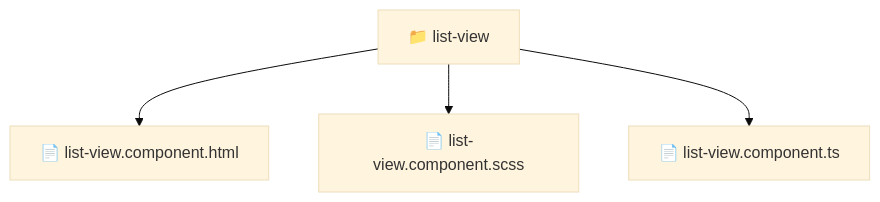
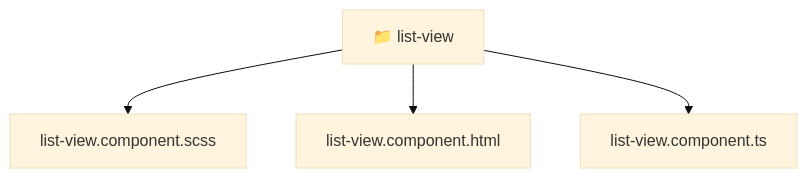
Before and after one commit to beginwebdev2002/fullstack-mavluda: the diagram in frontend/src/shared/ui/list-view/README.md, drawn with Mermaid (base theme). The commit also changed other lines of this file and 167 other files, not shown here.

````diff
--- a/frontend/src/shared/ui/list-view/README.md
+++ b/frontend/src/shared/ui/list-view/README.md
@@ -11,7 +11,10 @@
 ```mermaid
 graph TD
-  Root["📁 list-view"]
-  Root --> list_view_component_html["📄 list-view.component.html"]
-  Root --> list_view_component_scss["📄 list-view.component.scss"]
-  Root --> list_view_component_ts["📄 list-view.component.ts"]
+  Root_list_view["📁 list-view"]
+  f_list_view_component_scss["list-view.component.scss"]
+  Root_list_view --> f_list_view_component_scss
+  f_list_view_component_html["list-view.component.html"]
+  Root_list_view --> f_list_view_component_html
+  f_list_view_component_ts["list-view.component.ts"]
+  Root_list_view --> f_list_view_component_ts
 ```
````
